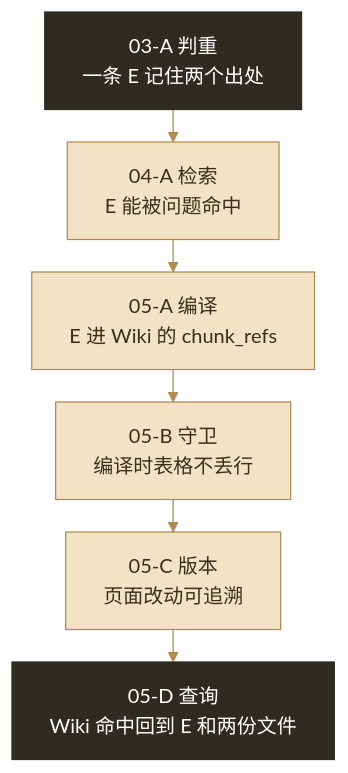
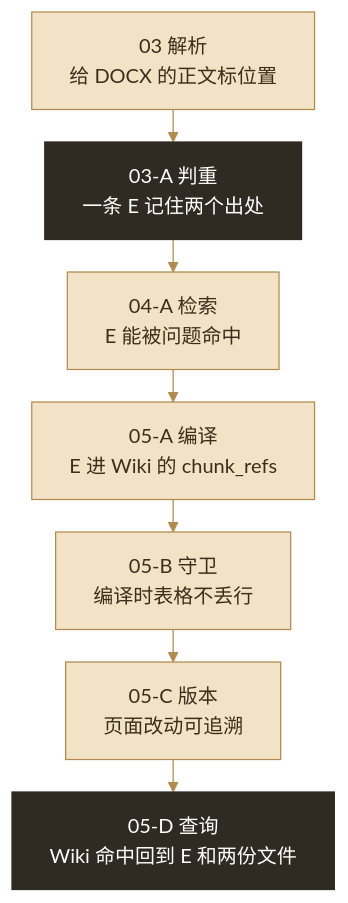
The diagram in tutorials/04-knowledge-base/README.md (wenmo-yu/careerlens), drawn with Mermaid before and after one commit. The commit also changed other lines of this file and 18 other files, not shown here.

````diff
--- a/tutorials/04-knowledge-base/README.md
+++ b/tutorials/04-knowledge-base/README.md
@@ -26,14 +26,14 @@
 ```mermaid
 %%{init: {"theme":"base","themeVariables":{"fontFamily":"system-ui, sans-serif","lineColor":"#b08a4e","edgeLabelBackground":"#faf6ed","primaryColor":"#fdfbf6","primaryBorderColor":"#c9a86a","primaryTextColor":"#2a2620","lineColorText":"#2a2620"},"flowchart":{"nodeSpacing":18,"rankSpacing":26,"curve":"basis"}}}%%
 flowchart TD
-    accTitle: 第四章六关如何串成一条可追溯的链
-    a["03-A 判重<br/>一条 E 记住两个出处"] --> b["04-A 检索<br/>E 能被问题命中"]
+    accTitle: 第四章七关如何串成一条可追溯的链
+    p["03 解析<br/>给 DOCX 的正文标位置"] --> a["03-A 判重<br/>一条 E 记住两个出处"] --> b["04-A 检索<br/>E 能被问题命中"]
     b --> c["05-A 编译<br/>E 进 Wiki 的 chunk_refs"]
     c --> d["05-B 守卫<br/>编译时表格不丢行"]
     d --> e["05-C 版本<br/>页面改动可追溯"]
     e --> f["05-D 查询<br/>Wiki 命中回到 E 和两份文件"]
     class a,f endpoints
-    class b,c,d,e work
+    class p,b,c,d,e work
     classDef endpoints fill:#2f2a22,stroke:#2f2a22,color:#fff
     classDef work fill:#f2e3c7,stroke:#b08a4e,color:#3b2f1c
 ```
````
